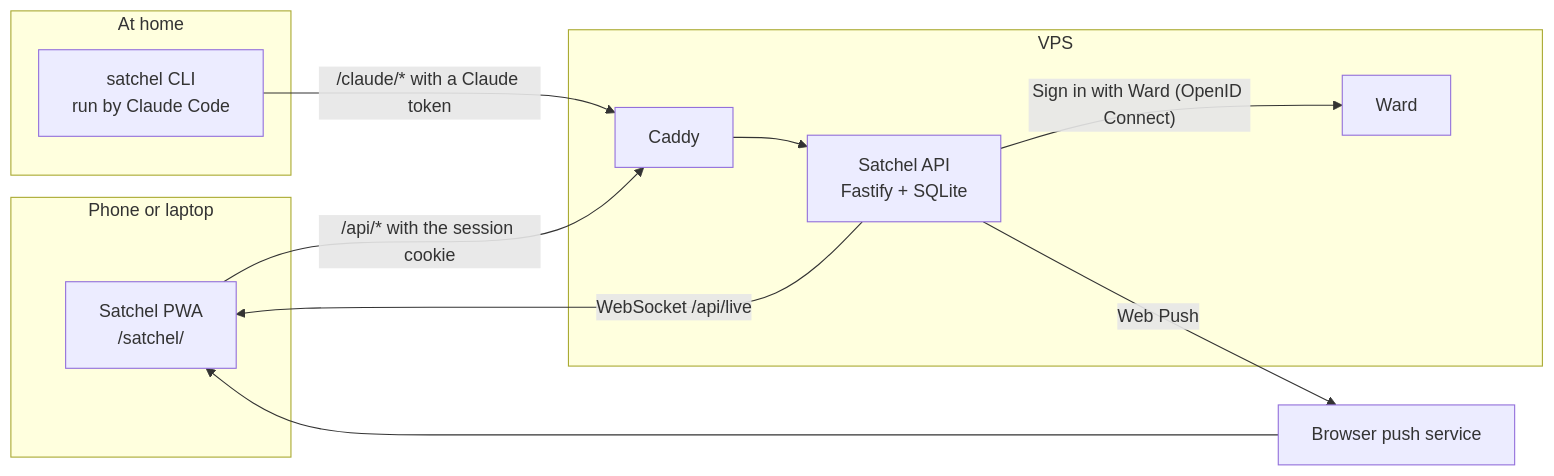
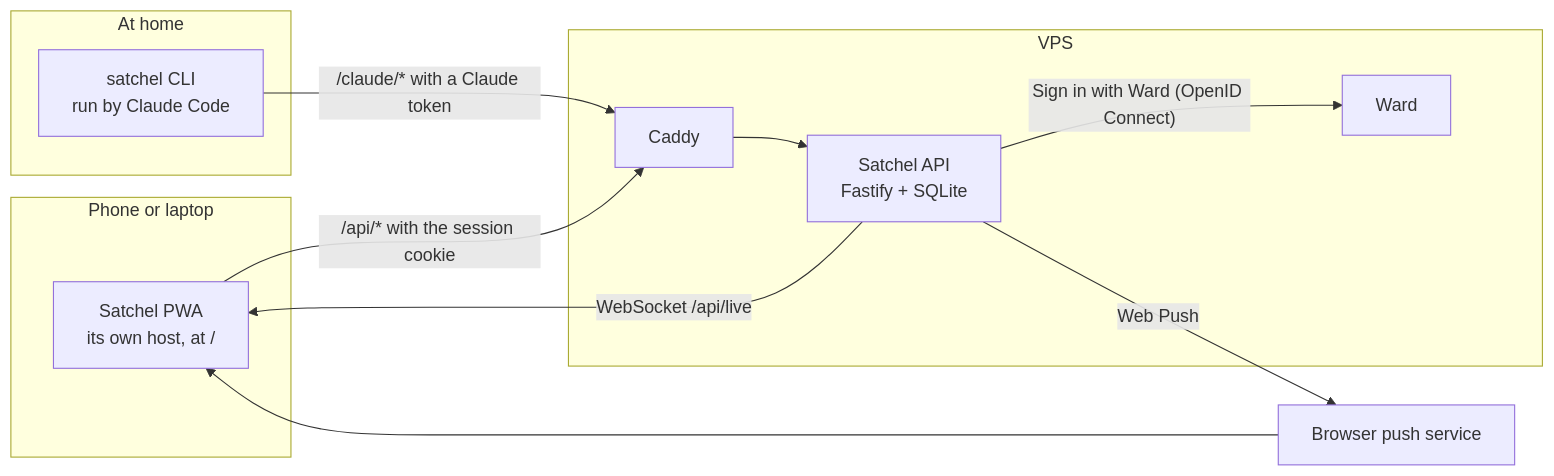
The diagram in docs/architecture.md (gandolh/Satchel), drawn with Mermaid before and after one commit. The commit also changed other lines of this file and 14 other files, not shown here.

````diff
--- a/docs/architecture.md
+++ b/docs/architecture.md
@@ -11,21 +12,21 @@
 ```mermaid
 flowchart LR
   subgraph phone["Phone or laptop"]
-    pwa["Satchel PWA<br/>/satchel/"]
+    pwa["Satchel PWA<br/>its own host, at /"]
   end
   subgraph home["At home"]
     cli["satchel CLI<br/>run by Claude Code"]
   end
   subgraph vps["VPS"]
     caddy["Caddy"]
     api["Satchel API<br/>Fastify + SQLite"]
     ward["Ward"]
   end
   push["Browser push service"]
   pwa -- "/api/* with the session cookie" --> caddy
   cli -- "/claude/* with a Claude token" --> caddy
   caddy --> api
   api -- "Sign in with Ward (OpenID Connect)" --> ward
   api -- "WebSocket /api/live" --> pwa
   api -- "Web Push" --> push --> pwa
 ```
````
